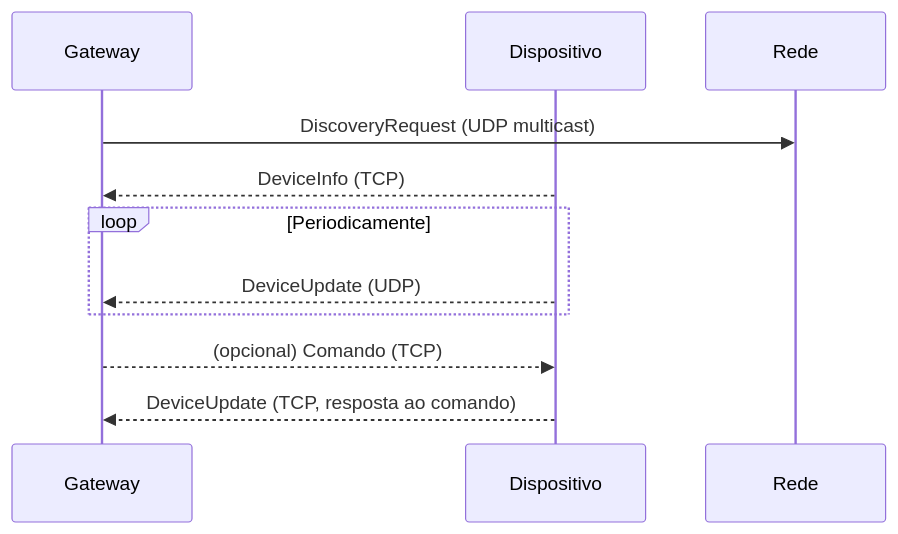
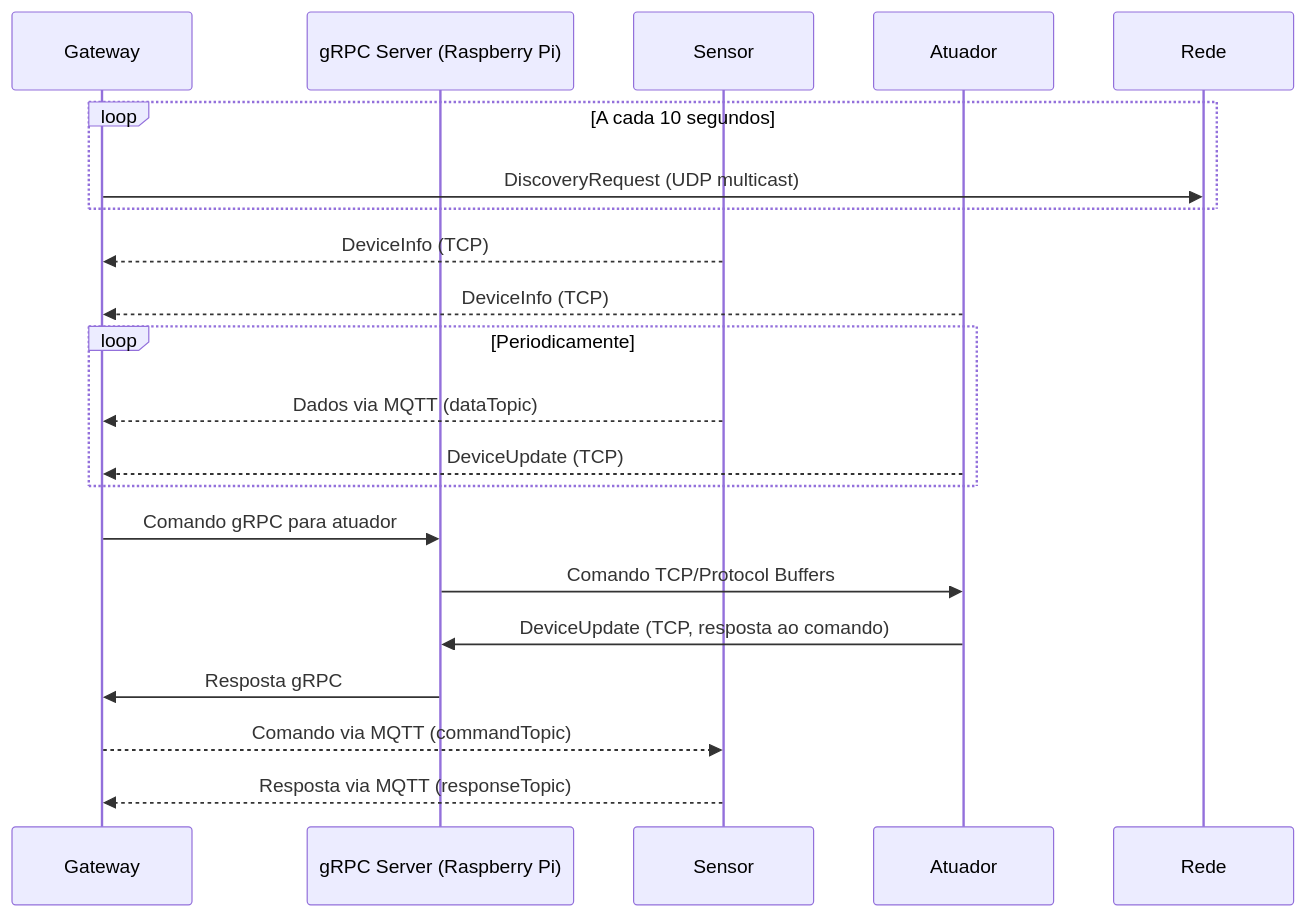
The diagram in README_DISCOVERY.md (mdo-br/Trabalho-SD-gRPC-RabbitMQ-MQTT), drawn with Mermaid before and after one commit. The commit also changed other lines of this file, not shown here.

Commit message:
Atualiza a descrição do projeto de descoberta para incorporar MQTT e comandos gRPC

````diff
--- a/README_DISCOVERY.md
+++ b/README_DISCOVERY.md
@@ -17,13 +19,23 @@
 ```mermaid
 sequenceDiagram
     participant Gateway
-    participant Dispositivo
+    participant gRPCServer as gRPC Server (Raspberry Pi)
+    participant Sensor
+    participant Atuador
 
-    Gateway->>Rede: DiscoveryRequest (UDP multicast)
-    Dispositivo-->>Gateway: DeviceInfo (TCP)
+    loop A cada 10 segundos
+        Gateway->>Rede: DiscoveryRequest (UDP multicast)
+    end
+    Sensor-->>Gateway: DeviceInfo (TCP)
+    Atuador-->>Gateway: DeviceInfo (TCP)
     loop Periodicamente
-        Dispositivo-->>Gateway: DeviceUpdate (UDP)
+        Sensor-->>Gateway: Dados via MQTT (dataTopic)
+        Atuador-->>Gateway: DeviceUpdate (TCP)
     end
-    Gateway-->>Dispositivo: (opcional) Comando (TCP)
-    Dispositivo-->>Gateway: DeviceUpdate (TCP, resposta ao comando)
+    Gateway->>gRPCServer: Comando gRPC para atuador
+    gRPCServer->>Atuador: Comando TCP/Protocol Buffers
+    Atuador->>gRPCServer: DeviceUpdate (TCP, resposta ao comando)
+    gRPCServer->>Gateway: Resposta gRPC
+    Gateway-->>Sensor: Comando via MQTT (commandTopic)
+    Sensor-->>Gateway: Resposta via MQTT (responseTopic)
 ```
````
